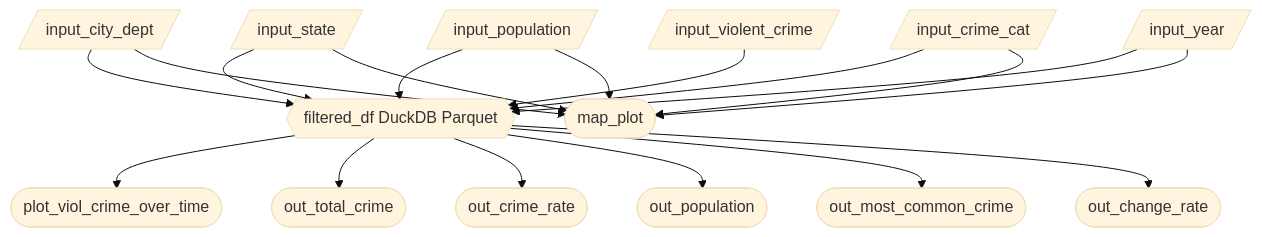
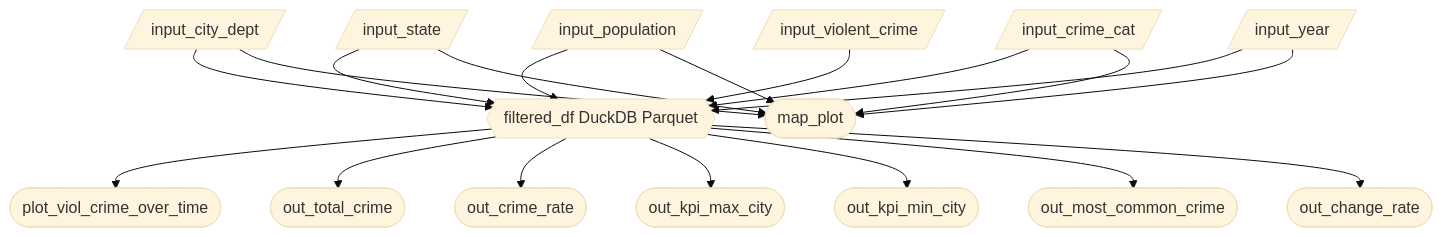
Before and after one commit to UBC-MDS/DSCI-532_2026_13_usa-crime-tracker: the diagram in reports/m2_spec.md, drawn with Mermaid (base theme).

Commit message:
updated the mermaid diagram in m2_spec also

````diff
--- a/reports/m2_spec.md
+++ b/reports/m2_spec.md
@@ -48,21 +48,22 @@
 ```mermaid
 flowchart TD
   A[/input_city_dept/] --> F{{filtered_df DuckDB Parquet}}
   B[/input_population/] --> F
   S[/input_state/] --> F
   C[/input_year/] --> F
   Crime[/input_crime_cat/] --> F
   V[/input_violent_crime/] --> F
   F --> P1([plot_viol_crime_over_time])
  S --> P2([map_plot])
  A --> P2
  Crime --> P2
  B --> P2
  C --> P2
 
   F --> V1([out_total_crime])
   F --> V2([out_crime_rate])
-  F --> V3([out_population])
+  F --> V3([out_kpi_max_city])
+  F --> V7([out_kpi_min_city])
   F --> V4([out_most_common_crime])
   F --> V5([out_change_rate])
   ```
````
